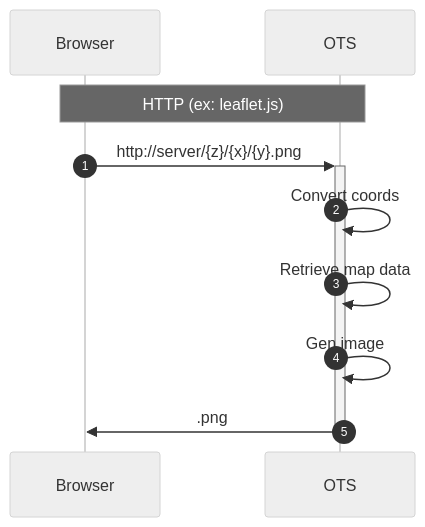
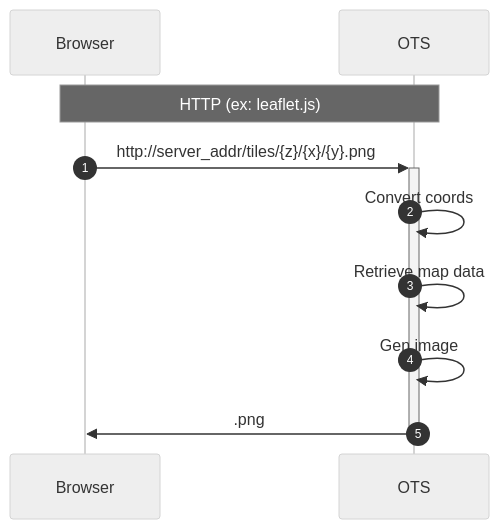
One commit to OutOfBedlam/ots changed the first of 2 diagrams in README.md. Above: the diagram before and after it, drawn with Mermaid (neutral theme). The commit also changed other lines of this file, not shown here.

````diff
--- a/README.md
+++ b/README.md
@@ -35,10 +34,10 @@
 ```mermaid
 sequenceDiagram
 autonumber
    Note over Browser, OTS: HTTP (ex: leaflet.js)
-   Browser ->>+ OTS : http://server/{z}/{x}/{y}.png
+   Browser ->>+ OTS : http://server_addr/tiles/{z}/{x}/{y}.png
    OTS->>OTS: Convert coords
    OTS->>OTS: Retrieve map data
    OTS->>OTS: Gen image
    OTS ->>- Browser: .png
 ```
````
